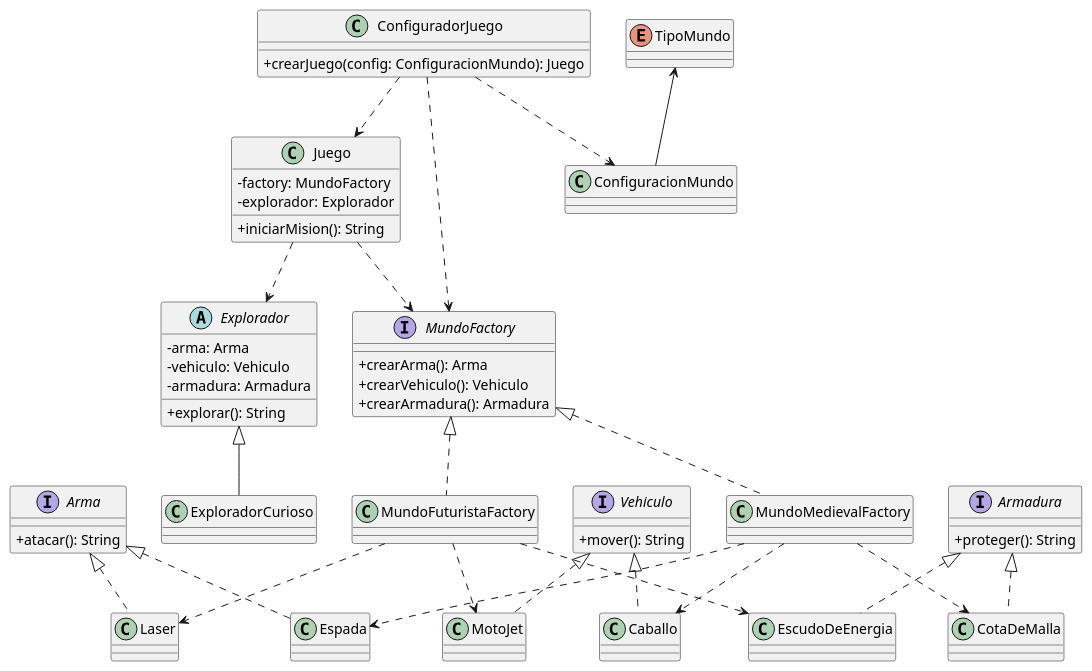
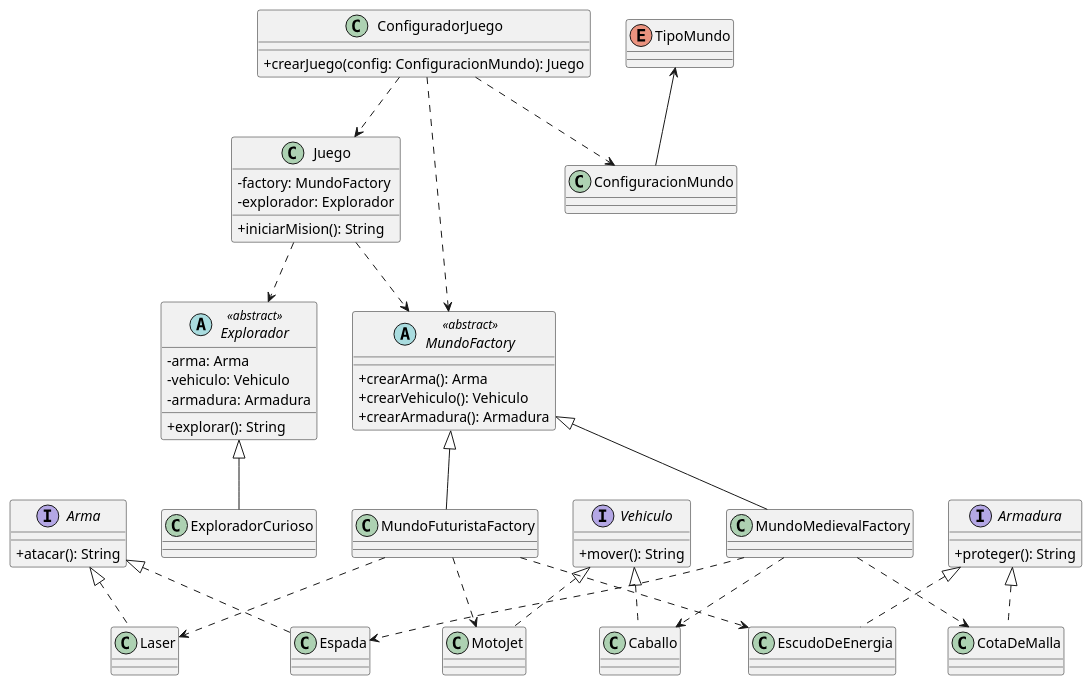
The first of 2 diagrams in README.md (revilofe/2526_PRO_u5_AbstractFactory), drawn with PlantUML before and after one commit. The commit also changed other lines of this file and 1 other file, not shown here.

Commit message:
Cambio para reflejar clase abstract por interface

```diff
--- a/README.md
+++ b/README.md
@@ -61,7 +67,7 @@
   +proteger(): String
 }
 
-interface MundoFactory {
+abstract class MundoFactory <<abstract>> {
   +crearArma(): Arma
   +crearVehiculo(): Vehiculo
   +crearArmadura(): Armadura
@@ -77,7 +83,7 @@
 class MundoMedievalFactory
 class MundoFuturistaFactory
 
-abstract class Explorador {
+abstract class Explorador <<abstract>> {
   -arma: Arma
   -vehiculo: Vehiculo
   -armadura: Armadura
@@ -106,8 +112,8 @@
 Vehiculo <|.. MotoJet
 Armadura <|.. EscudoDeEnergia
 
-MundoFactory <|.. MundoMedievalFactory
-MundoFactory <|.. MundoFuturistaFactory
+MundoFactory <|-- MundoMedievalFactory
+MundoFactory <|-- MundoFuturistaFactory
 
 Explorador <|-- ExploradorCurioso
 
```
